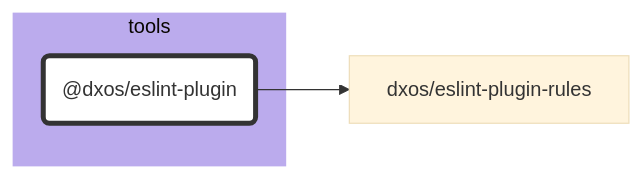
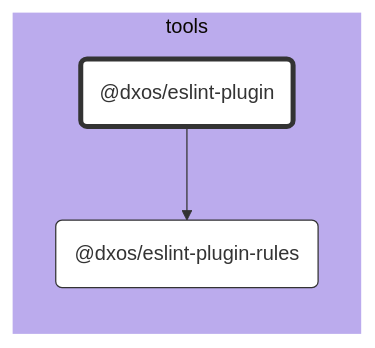
The diagram in tools/eslint-plugin/docs/README.md (dxos/dxos), drawn with Mermaid (base theme) before and after one commit. The commit also changed 69 other files, not shown here.

````diff
--- a/tools/eslint-plugin/docs/README.md
+++ b/tools/eslint-plugin/docs/README.md
@@ -7,21 +7,23 @@
 ```mermaid
 %%{ init: {'flowchart':{'curve':'basis'}} }%%
 
 flowchart LR
 
 %% Classes
 classDef def fill:#fff,stroke:#333,stroke-width:1px
 classDef root fill:#fff,stroke:#333,stroke-width:4px
 
 %% Nodes
 
 subgraph tools [tools]
   style tools fill:#bbabed,stroke:#fff
   dxos/eslint-plugin("@dxos/eslint-plugin"):::root
   click dxos/eslint-plugin "dxos/dxos/tree/main/tools/eslint-plugin/docs"
+  dxos/eslint-plugin-rules("@dxos/eslint-plugin-rules"):::def
+  click dxos/eslint-plugin-rules "dxos/dxos/tree/main/tools/eslint-rules/docs"
 end
 
 %% Links
 linkStyle default stroke:#333,stroke-width:1px
 dxos/eslint-plugin --> dxos/eslint-plugin-rules
 ```
````
